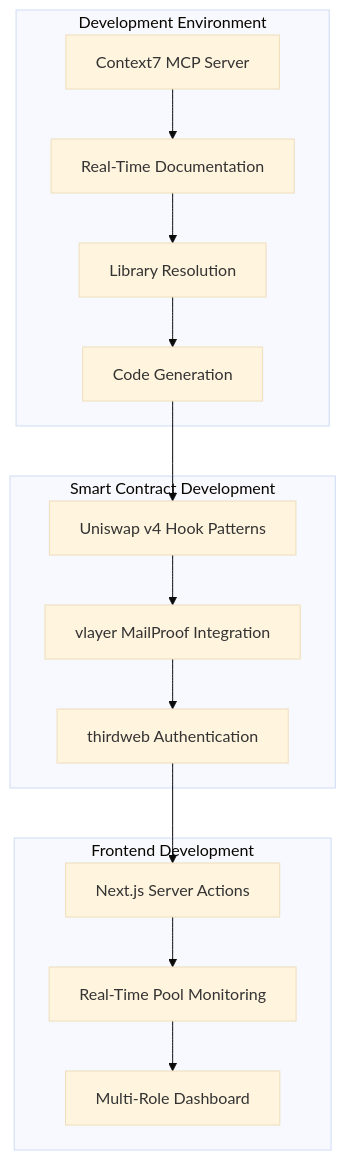
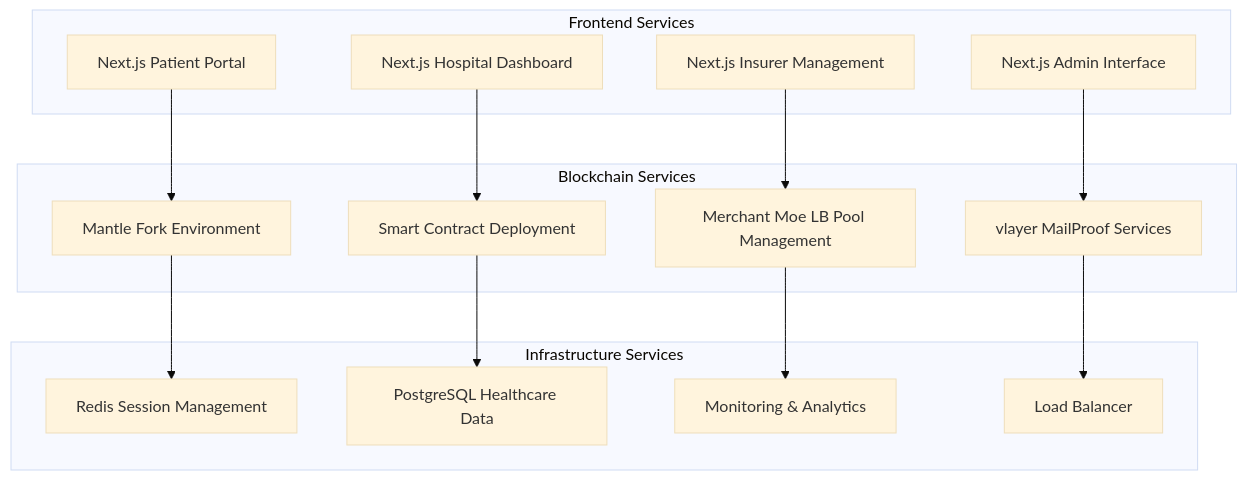
One commit to ppezzull/zkMed changed the seventh of 8 diagrams in memory-bank/systemPatterns.md. Above: the diagram before and after it, drawn with Mermaid (base theme). The commit also changed other lines of this file and 3 other files, not shown here.

````diff
--- a/memory-bank/systemPatterns.md
+++ b/memory-bank/systemPatterns.md
@@ -407,20 +320,33 @@
 ```mermaid
 graph TB
-    subgraph "Development Environment"
-        A[Context7 MCP Server] --> B[Real-Time Documentation]
-        B --> C[Library Resolution]
-        C --> D[Code Generation]
+    subgraph "Frontend Services"
+        A[Next.js Patient Portal]
+        B[Next.js Hospital Dashboard]
+        C[Next.js Insurer Management]
+        D[Next.js Admin Interface]
     end
     
-    subgraph "Smart Contract Development"
-        D --> E[Uniswap v4 Hook Patterns]
-        E --> F[vlayer MailProof Integration]
-        F --> G[thirdweb Authentication]
+    subgraph "Blockchain Services"
+        E[Mantle Fork Environment]
+        F[Smart Contract Deployment]
+        G[Merchant Moe LB Pool Management]
+        H[vlayer MailProof Services]
     end
     
-    subgraph "Frontend Development"
-        G --> H[Next.js Server Actions]
-        H --> I[Real-Time Pool Monitoring]
-        I --> J[Multi-Role Dashboard]
+    subgraph "Infrastructure Services"
+        I[Redis Session Management]
+        J[PostgreSQL Healthcare Data]
+        K[Monitoring & Analytics]
+        L[Load Balancer]
     end
+    
+    A --> E
+    B --> F
+    C --> G
+    D --> H
+    
+    E --> I
+    F --> J
+    G --> K
+    H --> L
 ```
````
